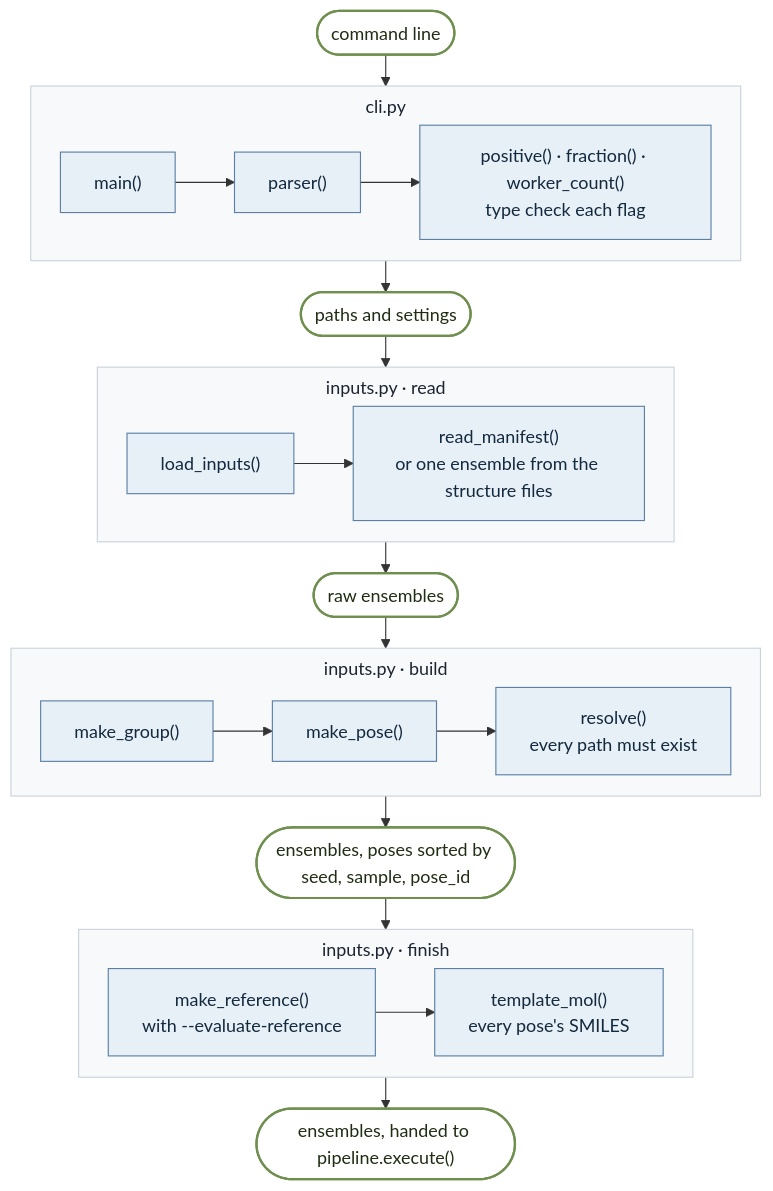
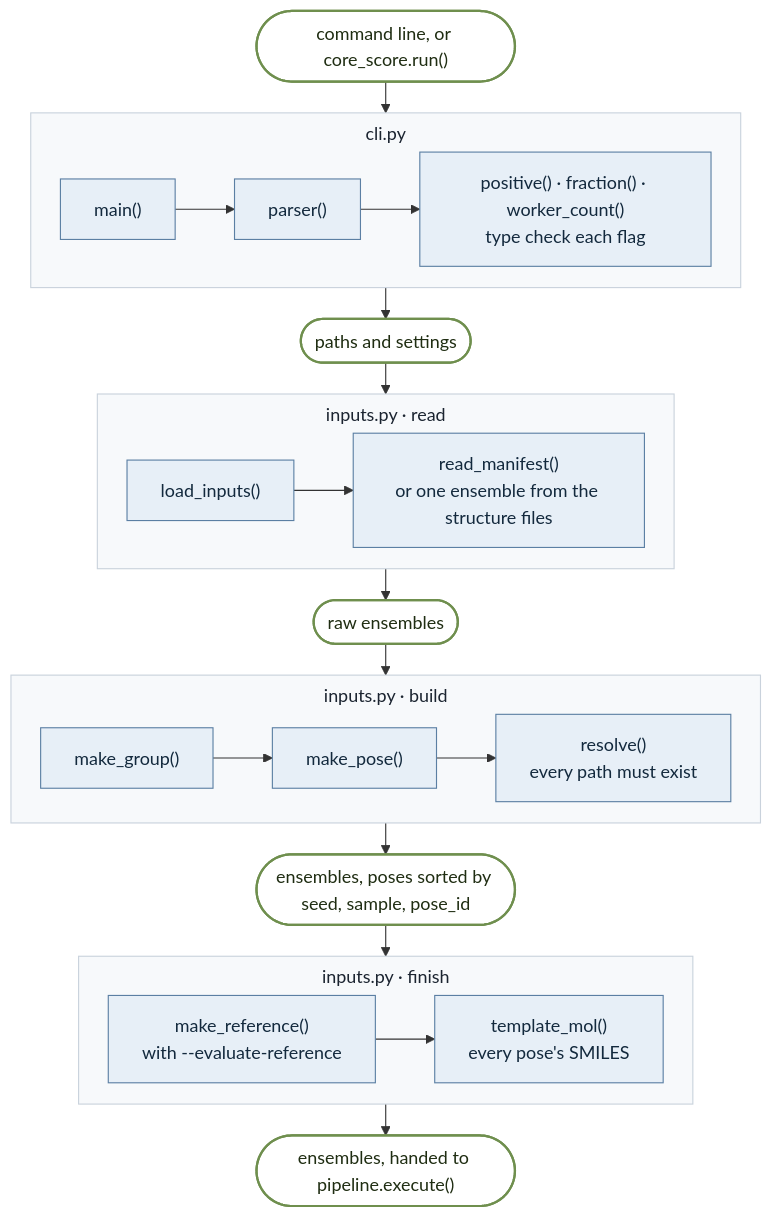
The second of 9 diagrams in docs/code-map.md (James-Broster/core-score), drawn with Mermaid before and after one commit. The commit also changed other lines of this file and 17 other files, not shown here.

````diff
--- a/docs/code-map.md
+++ b/docs/code-map.md
@@ -86,39 +85,37 @@
 ```mermaid
 %%{init: {"flowchart": {"curve": "linear", "nodeSpacing": 18, "rankSpacing": 28, "subGraphTitleMargin": {"top": 6, "bottom": 10}}}}%%
 flowchart TB
     classDef fn fill:#e7eff7,stroke:#5b7fa3,color:#13293d
-    classDef ost fill:#fbedd5,stroke:#b07a1e,color:#3d2a08
     classDef data fill:#ffffff,stroke:#6f8f4e,color:#1f2d12,stroke-width:2px
-    classDef file fill:#f3f3f3,stroke:#9a9a9a,color:#444,stroke-dasharray:3 3
     classDef stage fill:#f7f9fb,stroke:#c9d2dc,color:#1b2430
 
-    start(["command line"]):::data
+    start(["command line, or core_score.run()"]):::data
 
     subgraph I1["cli.py"]
         direction LR
         a1["main()"]:::fn --> a2["parser()"]:::fn --> a3["positive() · fraction() · worker_count()<br/>type check each flag"]:::fn
     end
     d1(["paths and settings"]):::data
 
     subgraph I2["inputs.py · read"]
         direction LR
         b1["load_inputs()"]:::fn --> b2["read_manifest()<br/>or one ensemble from the structure files"]:::fn
     end
     d2(["raw ensembles"]):::data
 
     subgraph I3["inputs.py · build"]
         direction LR
         c1["make_group()"]:::fn --> c2["make_pose()"]:::fn --> c3["resolve()<br/>every path must exist"]:::fn
     end
     d3(["ensembles, poses sorted by seed, sample, pose_id"]):::data
 
     subgraph I4["inputs.py · finish"]
         direction LR
         e1["make_reference()<br/>with --evaluate-reference"]:::fn --> e2["template_mol()<br/>every pose's SMILES"]:::fn
     end
     d4(["ensembles, handed to pipeline.execute()"]):::data
 
     start --> I1 --> d1 --> I2 --> d2 --> I3 --> d3 --> I4 --> d4
 
     class I1,I2,I3,I4 stage
 ```
````
